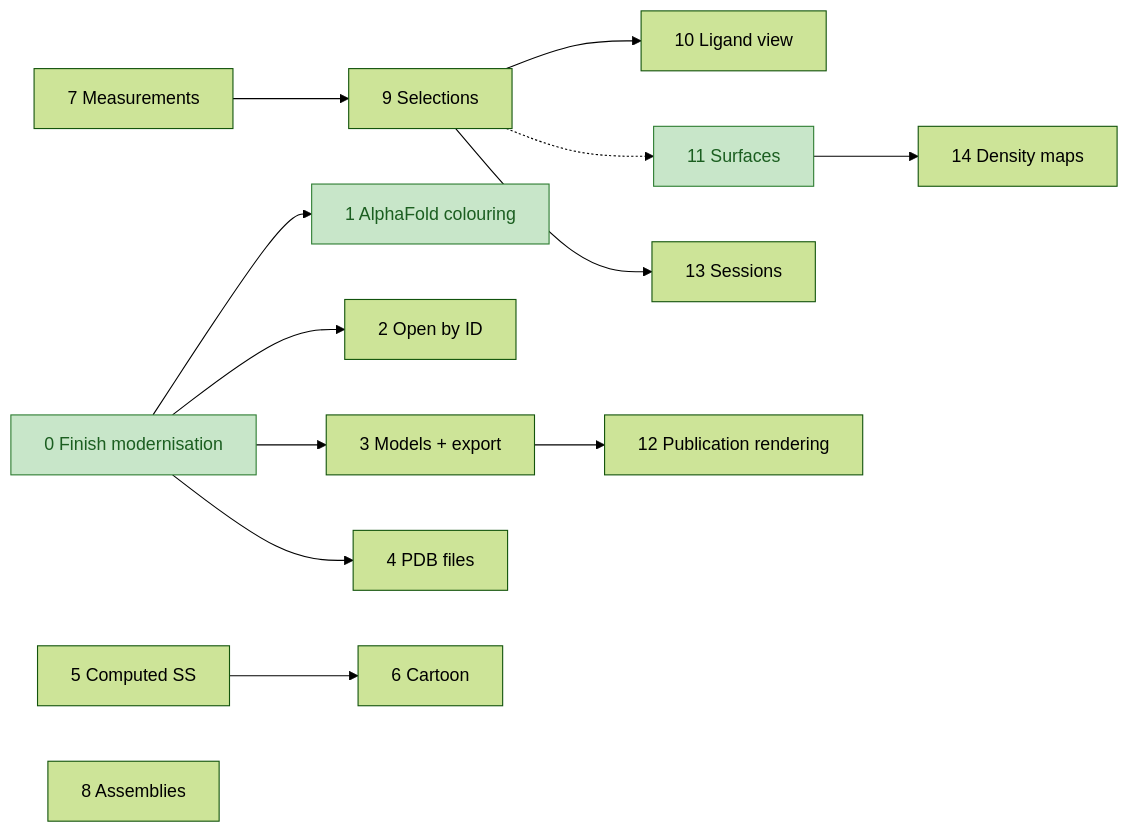
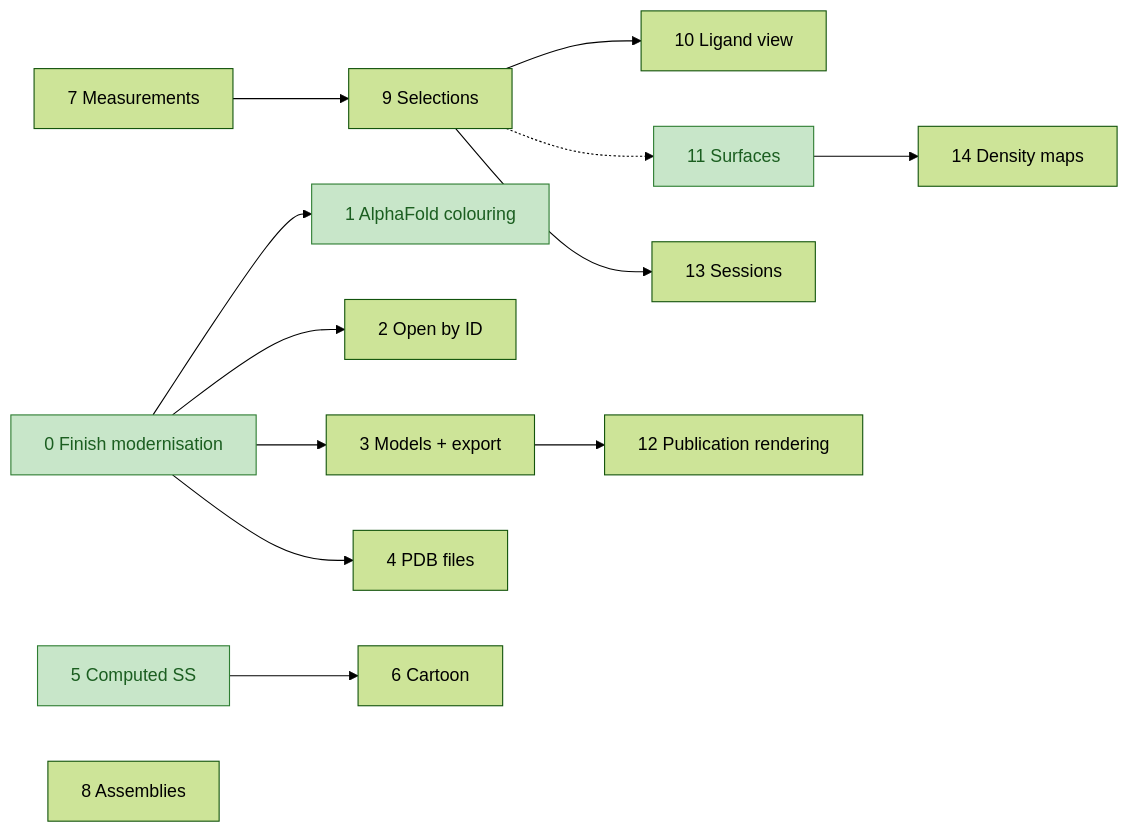
Before and after one commit to PorridgeBear/jmvs: the diagram in docs/roadmap.md, drawn with Mermaid (forest theme). The commit also changed other lines of this file and 28 other files, not shown here.

````diff
--- a/docs/roadmap.md
+++ b/docs/roadmap.md
@@ -37,19 +37,19 @@
 ```mermaid
 flowchart LR
     S0[0 Finish modernisation] --> S1[1 AlphaFold colouring]
     S0 --> S2[2 Open by ID]
     S0 --> S3[3 Models + export]
     S0 --> S4[4 PDB files]
     S5[5 Computed SS] --> S6[6 Cartoon]
     S7[7 Measurements] --> S9[9 Selections]
     S9 --> S10[10 Ligand view]
     S9 -.-> S11[11 Surfaces]
     S9 --> S13[13 Sessions]
     S3 --> S12[12 Publication rendering]
     S11 --> S14[14 Density maps]
     S8[8 Assemblies]
 
     classDef done fill:#c8e6c9,stroke:#2e7d32,color:#1b5e20
     classDef inProgress fill:#fff3c4,stroke:#f9a825,color:#5d4000
-    class S0,S1,S11 done
+    class S0,S1,S5,S11 done
 ```
````
